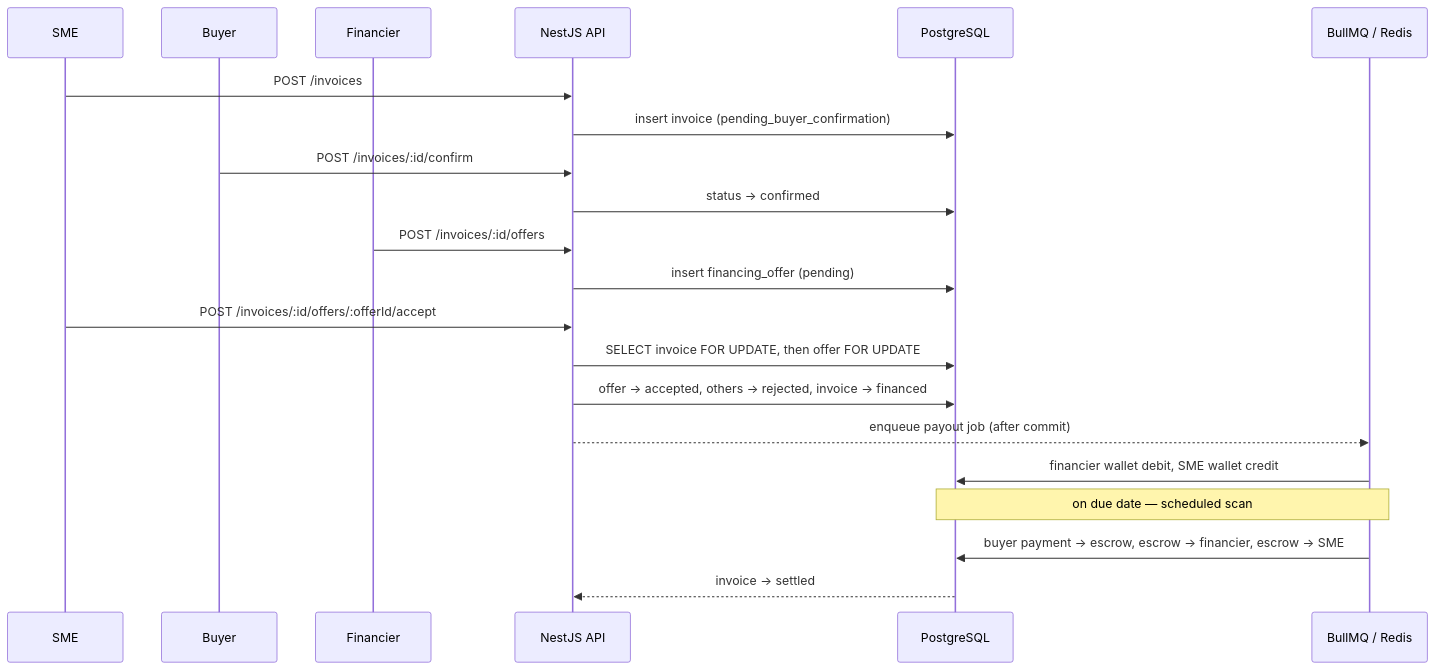
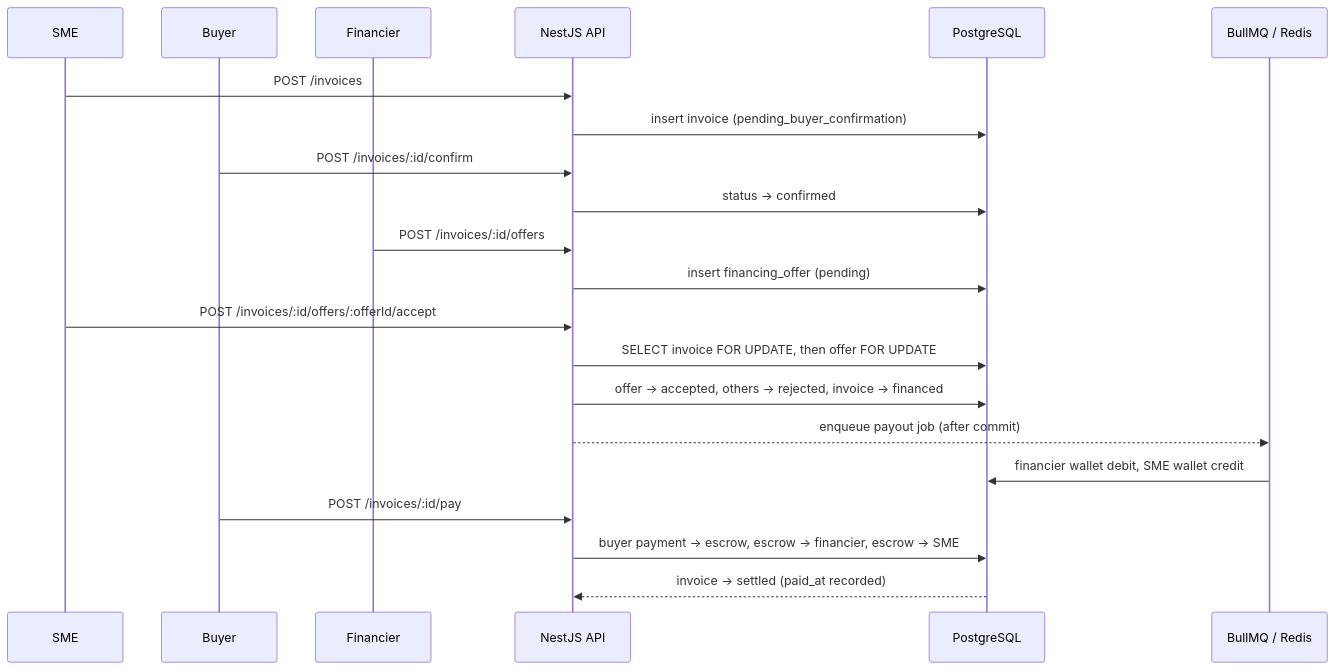
One commit to Aishwaryasheelvant/invoice-financing-platform changed the first of 4 diagrams in backend/README.md. Above: the diagram before and after it, drawn with Mermaid. The commit also changed other lines of this file and 42 other files, not shown here.

````diff
--- a/backend/README.md
+++ b/backend/README.md
@@ -53,24 +55,24 @@
 ```mermaid
 sequenceDiagram
     participant SME
     participant Buyer
     participant Financier
     participant API as NestJS API
     participant DB as PostgreSQL
     participant Q as BullMQ / Redis
 
     SME->>API: POST /invoices
     API->>DB: insert invoice (pending_buyer_confirmation)
     Buyer->>API: POST /invoices/:id/confirm
     API->>DB: status -> confirmed
     Financier->>API: POST /invoices/:id/offers
     API->>DB: insert financing_offer (pending)
     SME->>API: POST /invoices/:id/offers/:offerId/accept
     API->>DB: SELECT invoice FOR UPDATE, then offer FOR UPDATE
     API->>DB: offer -> accepted, others -> rejected, invoice -> financed
     API-->>Q: enqueue payout job (after commit)
     Q->>DB: financier wallet debit, SME wallet credit
-    Note over Q,DB: on due date — scheduled scan
-    Q->>DB: buyer payment -> escrow, escrow -> financier, escrow -> SME
-    DB-->>API: invoice -> settled
+    Buyer->>API: POST /invoices/:id/pay
+    API->>DB: buyer payment -> escrow, escrow -> financier, escrow -> SME
+    DB-->>API: invoice -> settled (paid_at recorded)
 ```
````
